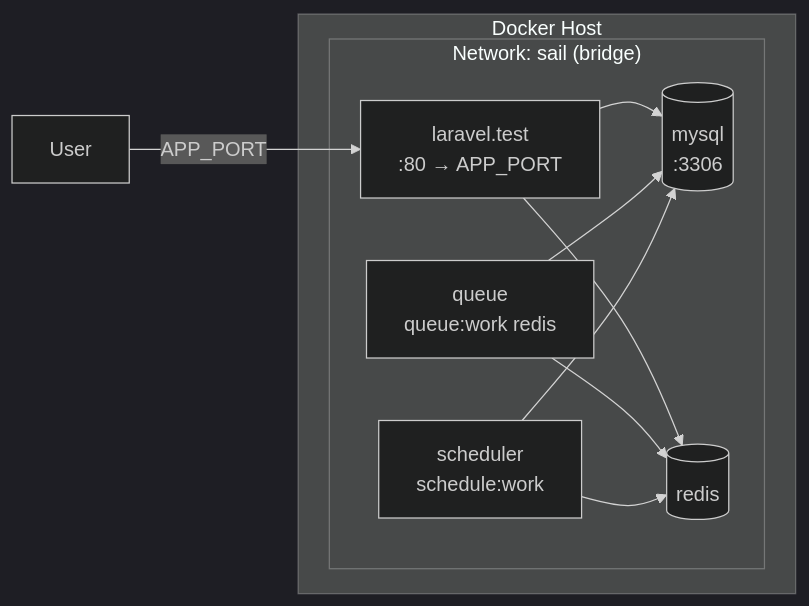
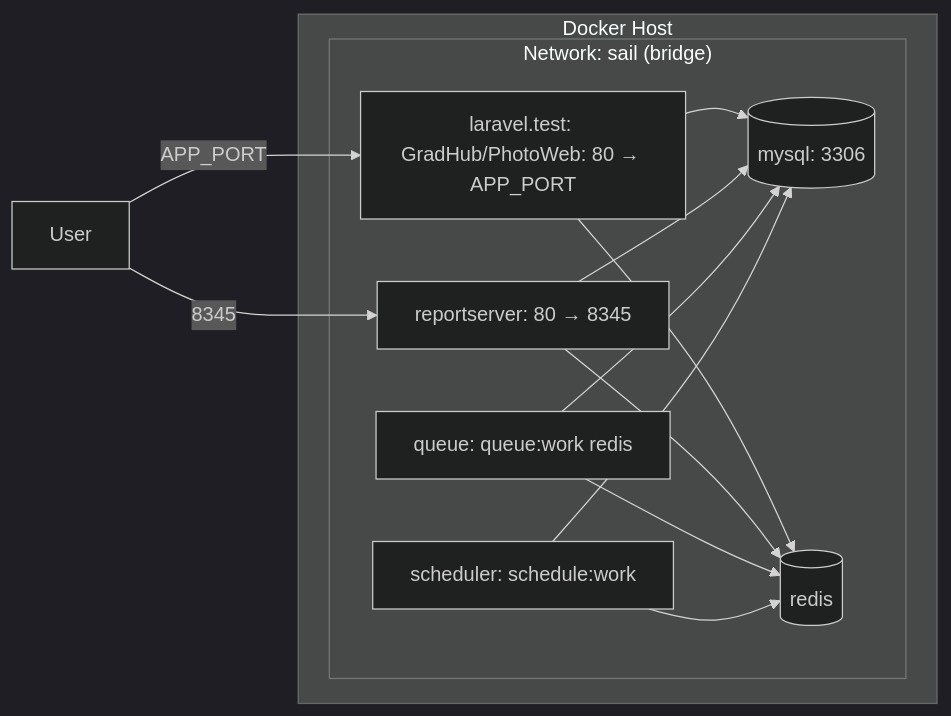
Before and after one commit to yeremko/gatest: the second of 7 diagrams in architecture.md, drawn with Mermaid (dark theme). The commit also changed other lines of this file, not shown here.

````diff
--- a/architecture.md
+++ b/architecture.md
@@ -56,20 +62,24 @@
 ```mermaid
 flowchart LR
     subgraph DockerHost["Docker Host"]
         subgraph Network["Network: sail (bridge)"]
-            App[laravel.test\n:80 → APP_PORT]
-            Queue[queue\nqueue:work redis]
-            Sched[scheduler\nschedule:work]
-            MySQL[(mysql\n:3306)]
+            App[laravel.test: GradHub/PhotoWeb: 80 → APP_PORT]
+            ReportServer[reportserver: 80 → 8345]
+            Queue[queue: queue:work redis]
+            Sched[scheduler: schedule:work]
+            MySQL[(mysql: 3306)]
             Redis[(redis)]
         end
     end
 
     User[User] -->|APP_PORT| App
+    User -->|8345| ReportServer
     App --> MySQL
     App --> Redis
+    ReportServer --> MySQL
+    ReportServer --> Redis
     Queue --> MySQL
     Queue --> Redis
     Sched --> MySQL
     Sched --> Redis
 ```
````
